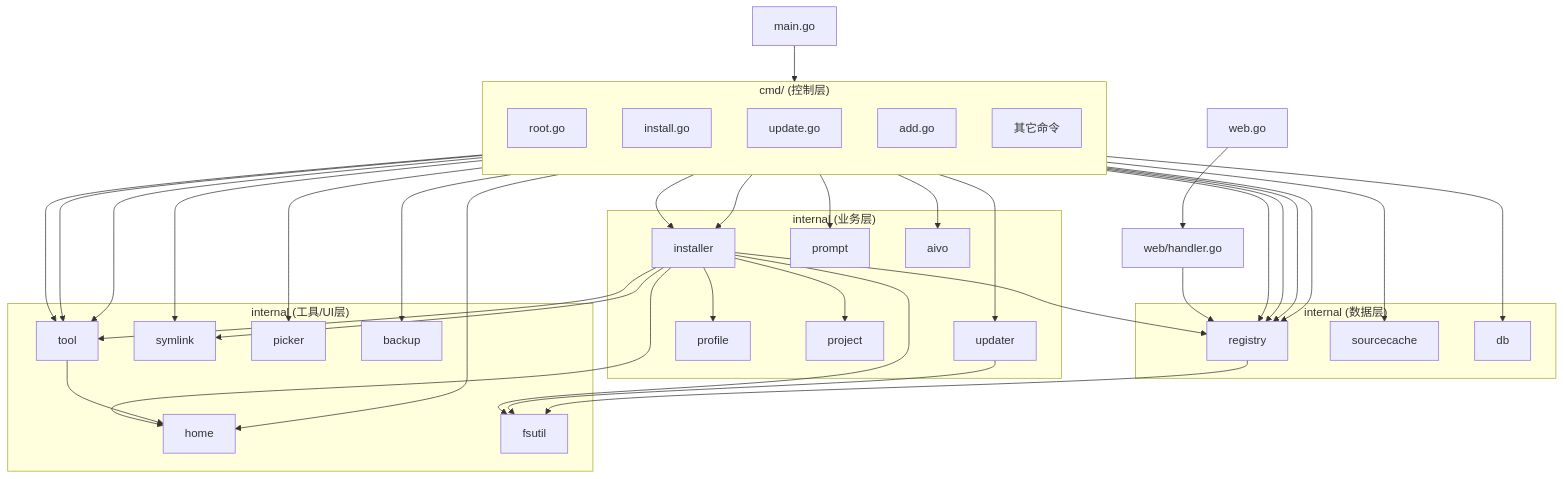
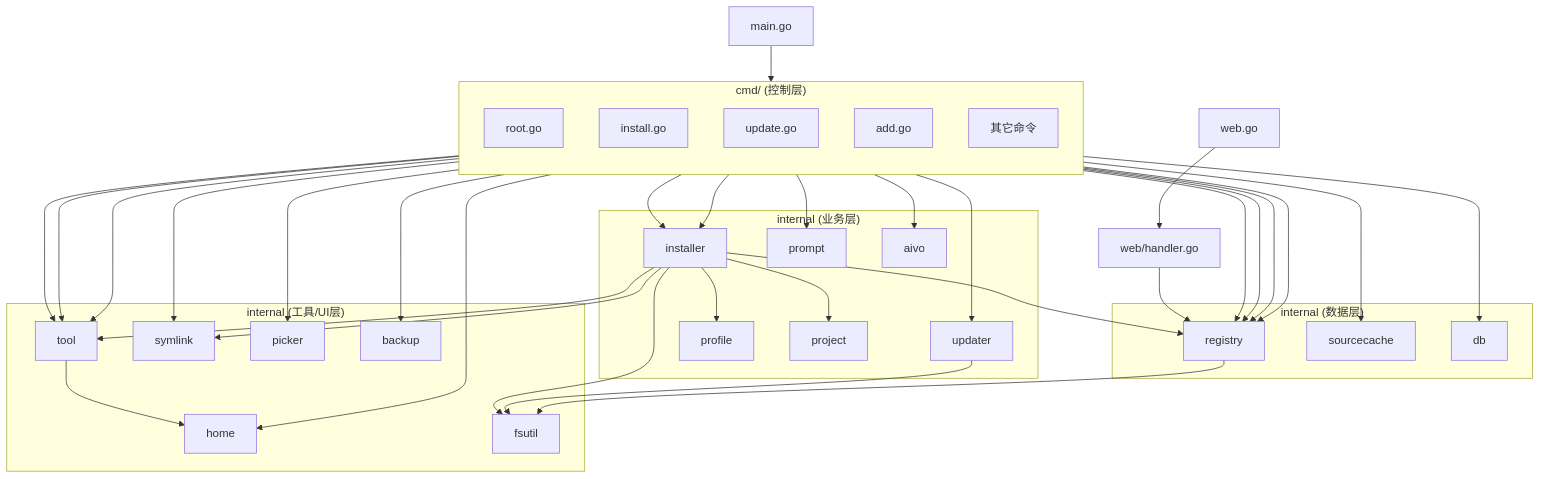
Before and after one commit to woyin/SkillsManager: the diagram in PROJECT_INDEX.md, drawn with Mermaid. The commit also changed 7 other files, not shown here.

````diff
--- a/PROJECT_INDEX.md
+++ b/PROJECT_INDEX.md
@@ -64,73 +64,72 @@
 ```mermaid
 graph TB
   main[main.go]
   subgraph Cmd["cmd/ (控制层)"]
     direction TB
     root[root.go]
     install[install.go]
     update[update.go]
     add[add.go]
     otherCmd[其它命令]
   end
 
   subgraph Business["internal (业务层)"]
     installer[installer]
     updater[updater]
     profile[profile]
     project[project]
     prompt[prompt]
     aivo[aivo]
   end
 
   subgraph Data["internal (数据层)"]
     registry[registry]
     sourcecache[sourcecache]
     db[db]
   end
 
   subgraph Util["internal (工具/UI层)"]
     tool[tool]
     home[home]
     fsutil[fsutil]
     symlink[symlink]
     picker[picker]
     backup[backup]
   end
 
   web[web/handler.go]
 
   main --> root
   root --> installer
   install --> installer
   install --> registry
   install --> tool
   update --> registry
   update --> updater
   update --> symlink
   update --> tool
   add --> registry
   add --> sourcecache
   otherCmd --> registry
   otherCmd --> tool
   otherCmd --> home
 
   installer --> registry
   installer --> profile
   installer --> project
   installer --> tool
   installer --> symlink
   installer --> fsutil
-  installer --> home
   updater --> fsutil
 
   registry --> fsutil
   tool --> home
 
   web --> registry
   cmd_web[web.go] --> web
   otherCmd --> db
   otherCmd --> picker
   otherCmd --> backup
   otherCmd --> aivo
   otherCmd --> prompt
 ```
````
